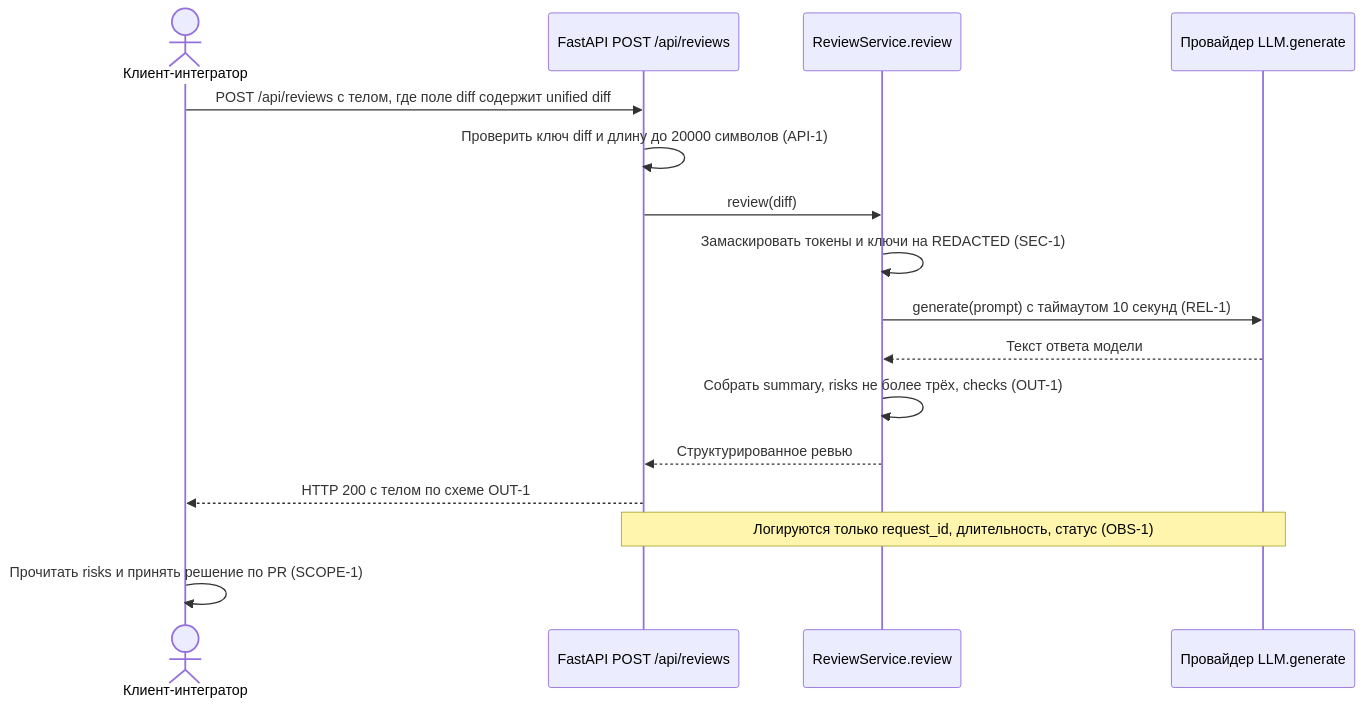
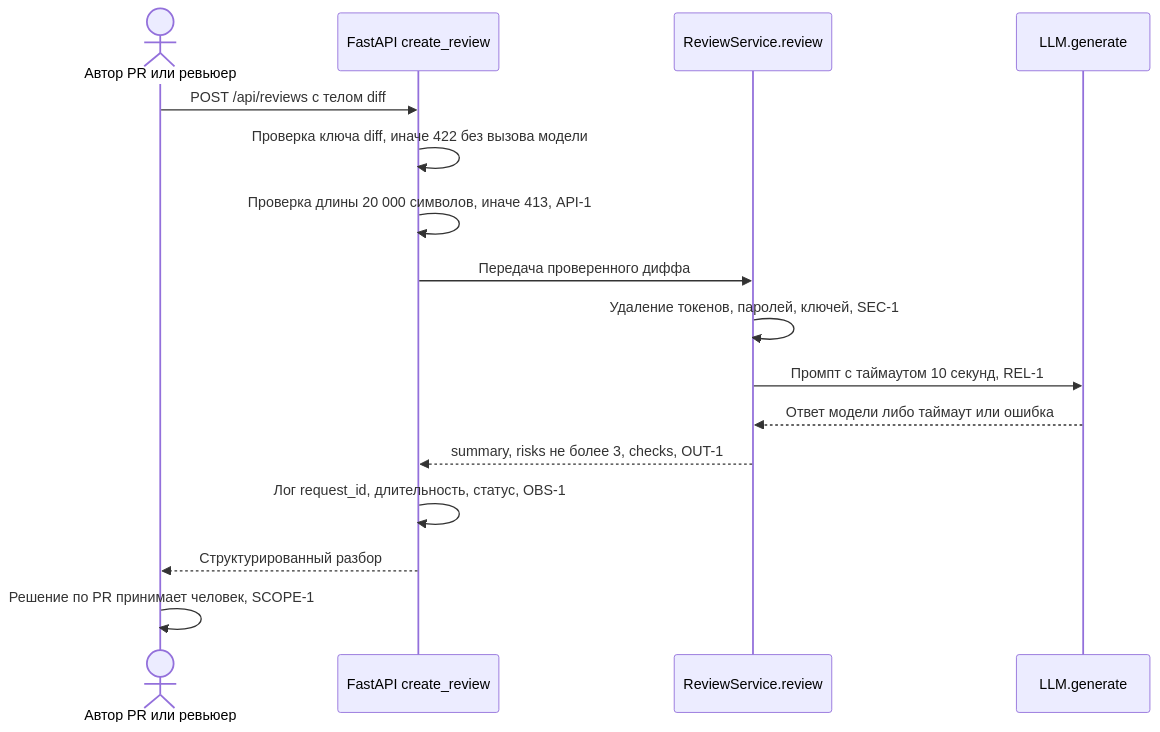
The diagram in practices/practice_01/product_management.md (kulakva20062/ITMOv2), drawn with Mermaid before and after one commit. The commit also changed other lines of this file and 19 other files, not shown here.

````diff
--- a/practices/practice_01/product_management.md
+++ b/practices/practice_01/product_management.md
@@ -28,18 +26,18 @@
 ```mermaid
 sequenceDiagram
-    actor User as Клиент-интегратор
-    participant API as FastAPI POST /api/reviews
+    actor User as Автор PR или ревьюер
+    participant API as FastAPI create_review
     participant Service as ReviewService.review
-    participant LLM as Провайдер LLM.generate
-    User->>API: POST /api/reviews с телом, где поле diff содержит unified diff
-    API->>API: Проверить ключ diff и длину до 20000 символов (API-1)
-    API->>Service: review(diff)
-    Service->>Service: Замаскировать токены и ключи на REDACTED (SEC-1)
-    Service->>LLM: generate(prompt) с таймаутом 10 секунд (REL-1)
-    LLM-->>Service: Текст ответа модели
-    Service->>Service: Собрать summary, risks не более трёх, checks (OUT-1)
-    Service-->>API: Структурированное ревью
-    API-->>User: HTTP 200 с телом по схеме OUT-1
-    Note over API,LLM: Логируются только request_id, длительность, статус (OBS-1)
-    User->>User: Прочитать risks и принять решение по PR (SCOPE-1)
+    participant AI as LLM.generate
+    User->>API: POST /api/reviews с телом diff
+    API->>API: Проверка ключа diff, иначе 422 без вызова модели
+    API->>API: Проверка длины 20 000 символов, иначе 413, API-1
+    API->>Service: Передача проверенного диффа
+    Service->>Service: Удаление токенов, паролей, ключей, SEC-1
+    Service->>AI: Промпт с таймаутом 10 секунд, REL-1
+    AI-->>Service: Ответ модели либо таймаут или ошибка
+    Service-->>API: summary, risks не более 3, checks, OUT-1
+    API->>API: Лог request_id, длительность, статус, OBS-1
+    API-->>User: Структурированный разбор
+    User->>User: Решение по PR принимает человек, SCOPE-1
 ```
````
